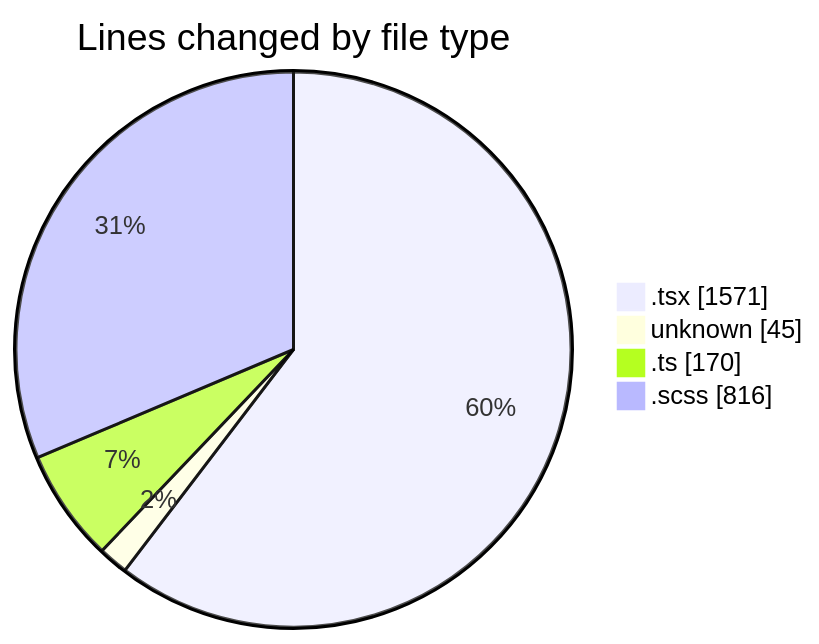
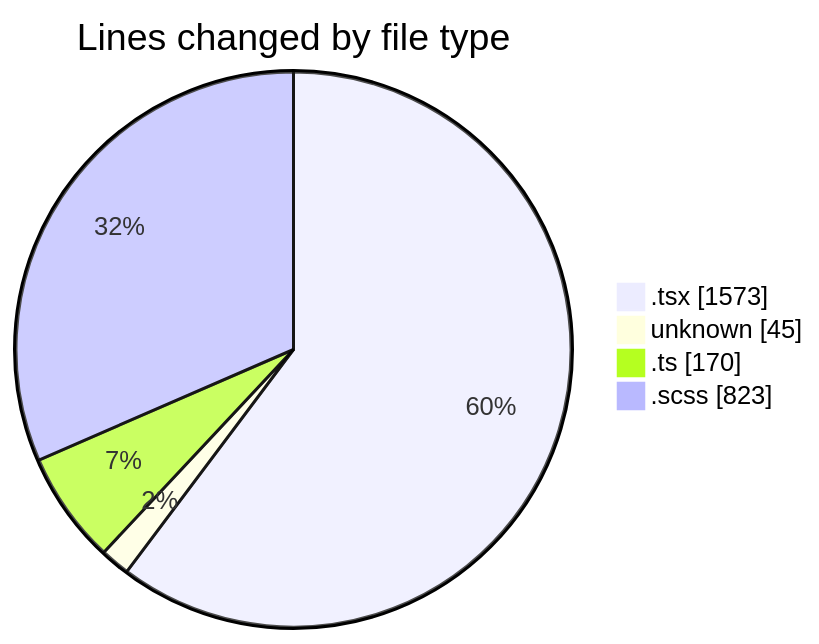
The first of 2 diagrams in 2025-09-01/cda/README.md (momahboobian/code-tracking), drawn with Mermaid before and after one commit. The commit also changed other lines of this file and 1 other file, not shown here.

````diff
--- a/2025-09-01/cda/README.md
+++ b/2025-09-01/cda/README.md
@@ -26,8 +26,8 @@
 ```mermaid
 pie showData
 title Lines changed by file type
-".tsx" : 1571
+".tsx" : 1573
 "unknown" : 45
 ".ts" : 170
-".scss" : 816
+".scss" : 823
 ```
````
